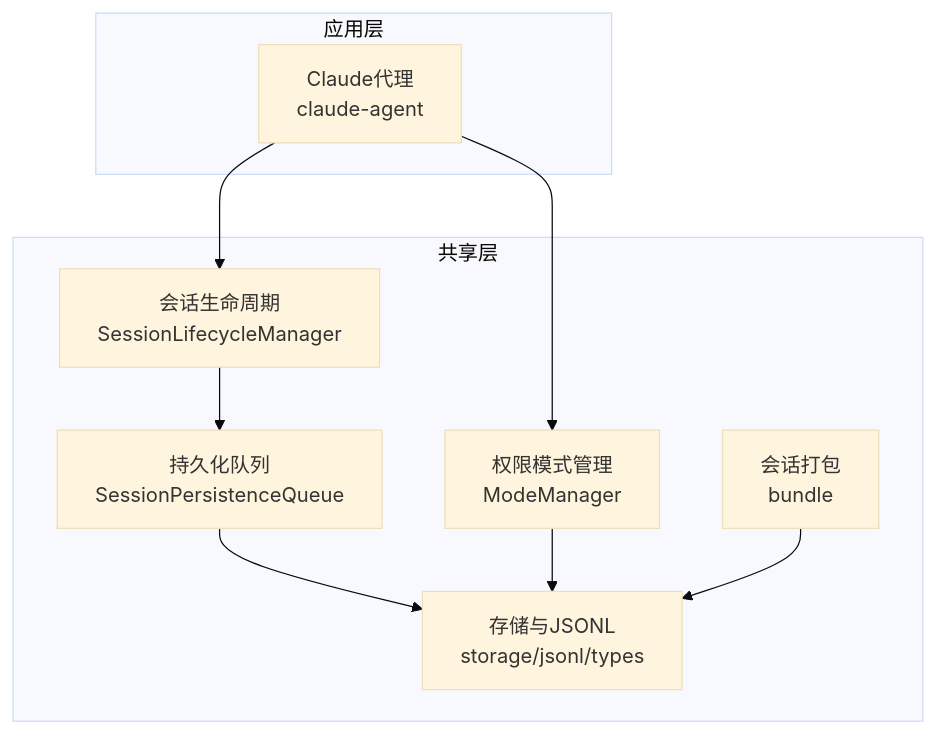
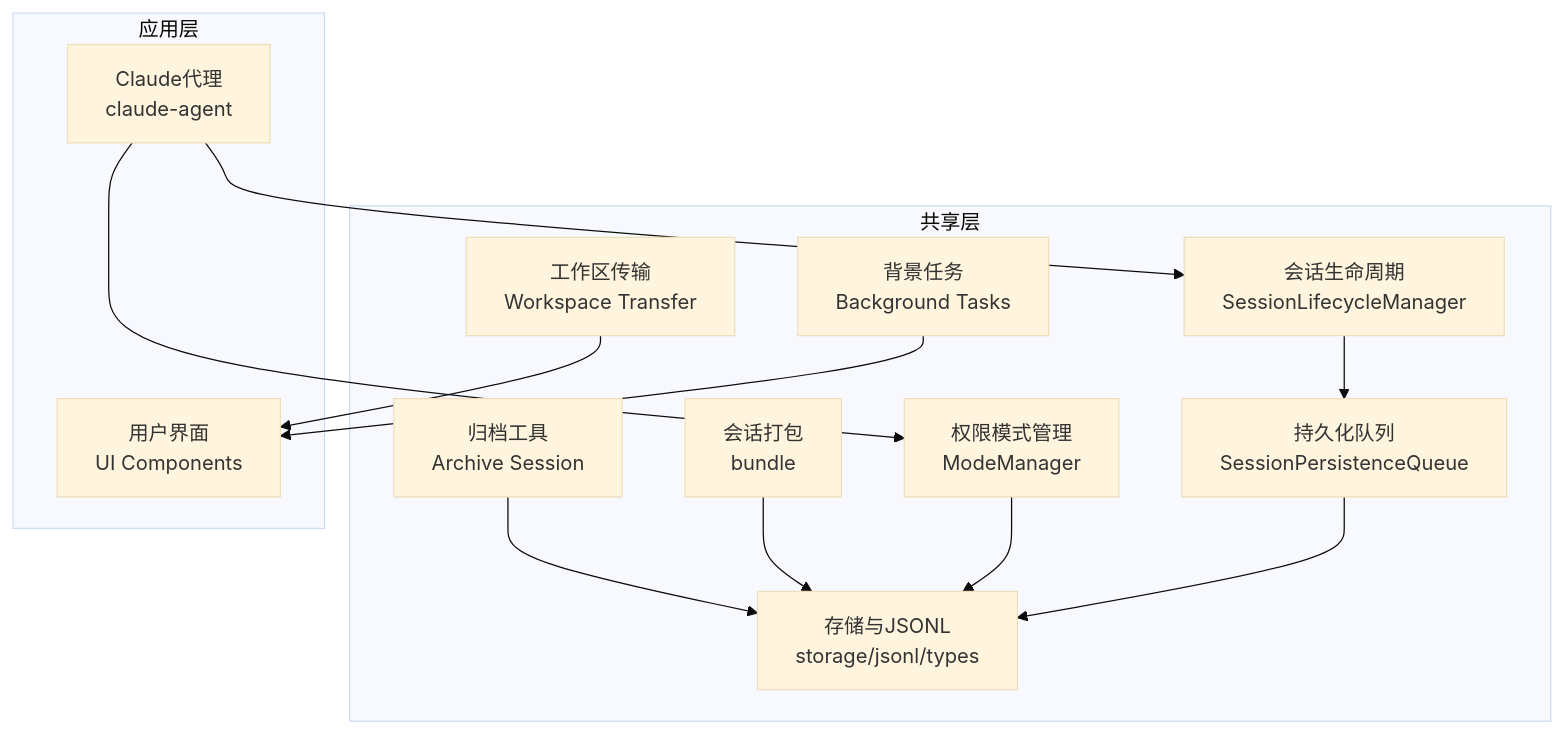
The first of 10 diagrams in .qoder/repowiki/zh/content/会话管理系统/会话管理系统.md (haolange/craft-agents-oss), drawn with Mermaid (base theme) before and after one commit. The commit also changed other lines of this file and 8 other files, not shown here.

````diff
--- a/.qoder/repowiki/zh/content/会话管理系统/会话管理系统.md
+++ b/.qoder/repowiki/zh/content/会话管理系统/会话管理系统.md
@@ -41,19 +59,26 @@
 ```mermaid
 graph TB
 subgraph "共享层"
 SL["会话生命周期<br/>SessionLifecycleManager"]
 PM["权限模式管理<br/>ModeManager"]
 PQ["持久化队列<br/>SessionPersistenceQueue"]
 ST["存储与JSONL<br/>storage/jsonl/types"]
 BL["会话打包<br/>bundle"]
+AG["归档工具<br/>Archive Session"]
+BT["背景任务<br/>Background Tasks"]
+WT["工作区传输<br/>Workspace Transfer"]
 end
 subgraph "应用层"
 CA["Claude代理<br/>claude-agent"]
+UI["用户界面<br/>UI Components"]
 end
 SL --> PQ
 PQ --> ST
 PM --> ST
 BL --> ST
+AG --> ST
+BT --> UI
+WT --> UI
 CA --> SL
 CA --> PM
 ```
````
